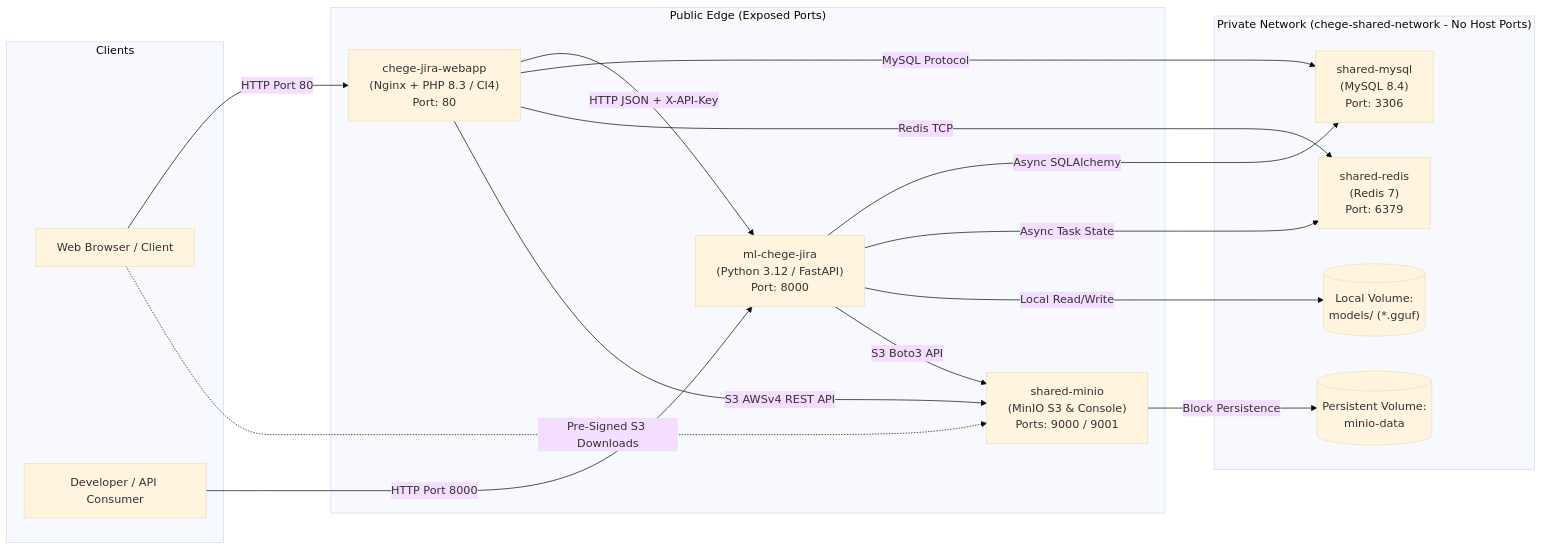
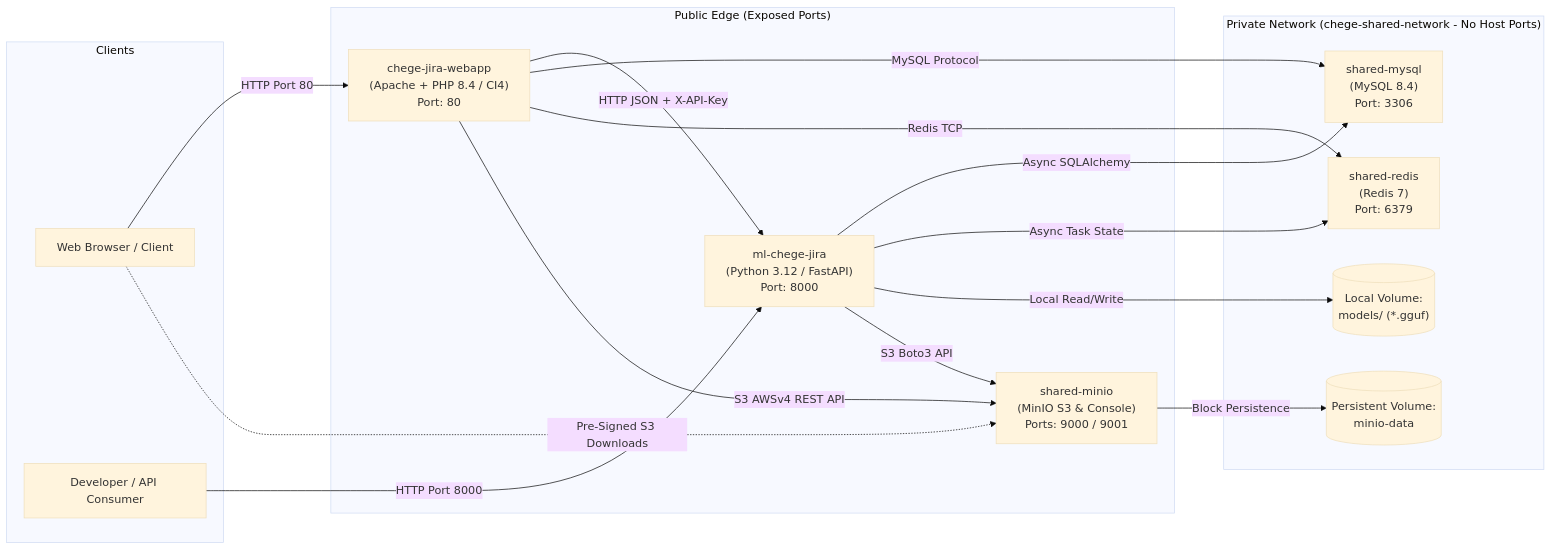
The second of 2 diagrams in docs/architecture/overview.md (Niccher/AI-Agile-Project-Management-Suite), drawn with Mermaid (base theme) before and after one commit. The commit also changed other lines of this file and 16 other files, not shown here.

First line of the commit message:
feat(web): migrate webapp to php:8.4.27-apache and patch CVE-2026-109618/19

````diff
--- a/docs/architecture/overview.md
+++ b/docs/architecture/overview.md
@@ -45,33 +45,33 @@
 ```mermaid
 flowchart LR
     subgraph Clients
         Browser[Web Browser / Client]
         ExtTool[Developer / API Consumer]
     end
 
     subgraph "Public Edge (Exposed Ports)"
-        NginxWeb["chege-jira-webapp\n(Nginx + PHP 8.3 / CI4)\nPort: 80"]
+        ApacheWeb["chege-jira-webapp\n(Apache + PHP 8.4 / CI4)\nPort: 80"]
         FastApiML["ml-chege-jira\n(Python 3.12 / FastAPI)\nPort: 8000"]
         MinioStore["shared-minio\n(MinIO S3 & Console)\nPorts: 9000 / 9001"]
     end
 
     subgraph "Private Network (chege-shared-network - No Host Ports)"
         MySQLDb["shared-mysql\n(MySQL 8.4)\nPort: 3306"]
         RedisCache["shared-redis\n(Redis 7)\nPort: 6379"]
         ModelStorage[("Local Volume:\nmodels/ (*.gguf)")]
         MinioData[("Persistent Volume:\nminio-data")]
     end
 
-    Browser -->|HTTP Port 80| NginxWeb
+    Browser -->|HTTP Port 80| ApacheWeb
     Browser -.->|Pre-Signed S3 Downloads| MinioStore
     ExtTool -->|HTTP Port 8000| FastApiML
-    NginxWeb -->|HTTP JSON + X-API-Key| FastApiML
-    NginxWeb -->|MySQL Protocol| MySQLDb
-    NginxWeb -->|Redis TCP| RedisCache
-    NginxWeb -->|S3 AWSv4 REST API| MinioStore
+    ApacheWeb -->|HTTP JSON + X-API-Key| FastApiML
+    ApacheWeb -->|MySQL Protocol| MySQLDb
+    ApacheWeb -->|Redis TCP| RedisCache
+    ApacheWeb -->|S3 AWSv4 REST API| MinioStore
     FastApiML -->|Async SQLAlchemy| MySQLDb
     FastApiML -->|Async Task State| RedisCache
     FastApiML -->|Local Read/Write| ModelStorage
     FastApiML -->|S3 Boto3 API| MinioStore
     MinioStore -->|Block Persistence| MinioData
 ```
````
